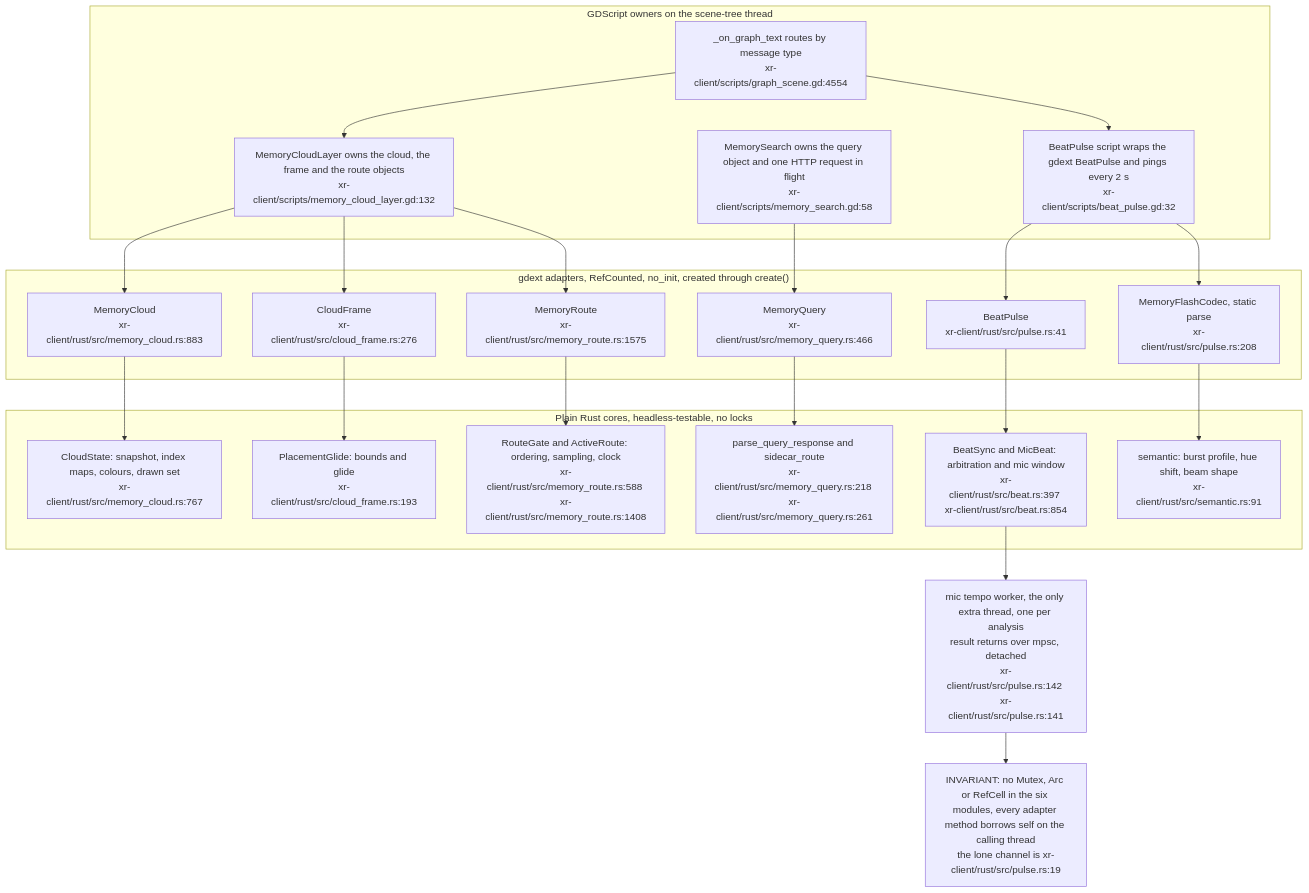
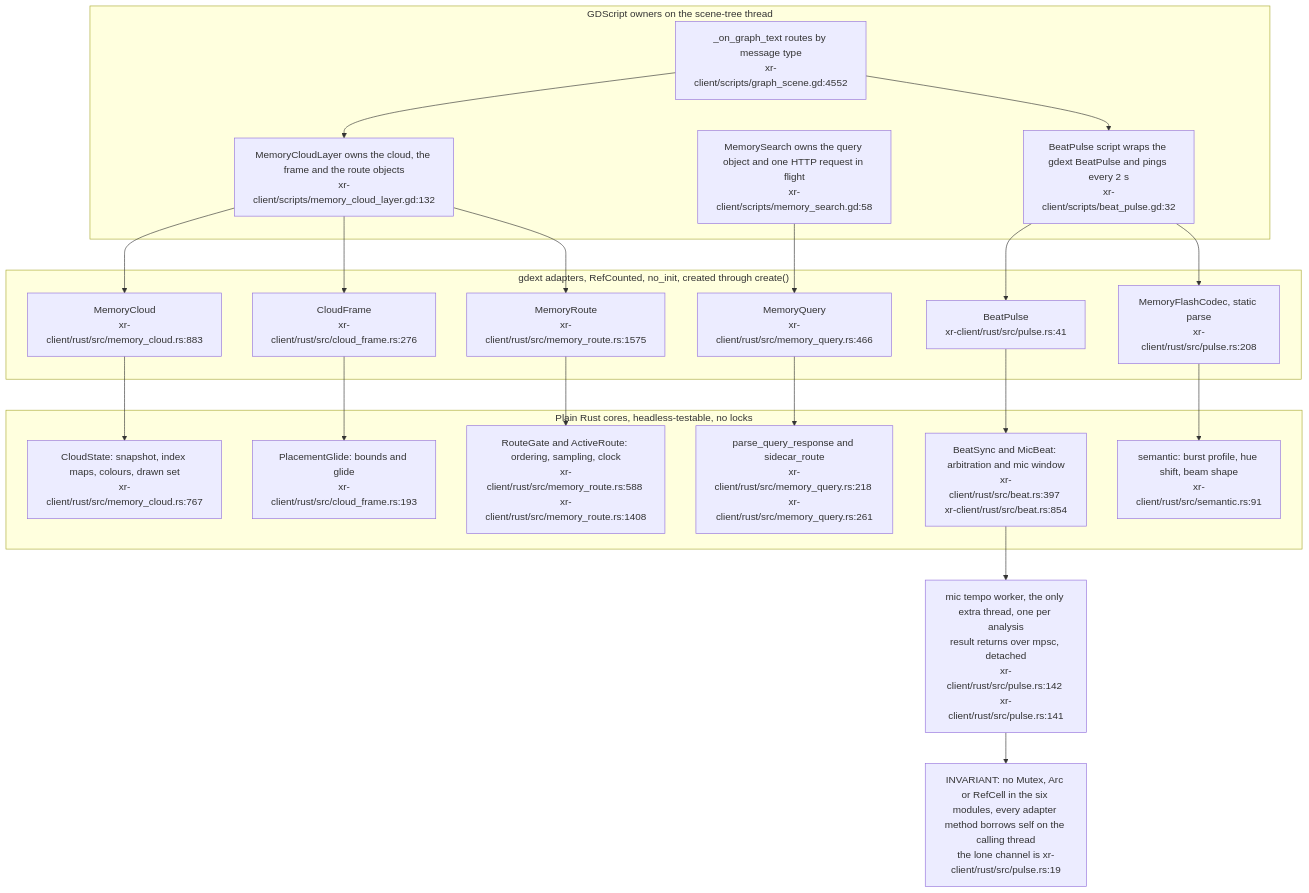
Before and after one commit to DreamLab-AI/VisionFlow: the first of 19 diagrams in docs/diagrams/visionclaw/38-xr-memory-cloud-internals.md, drawn with Mermaid. The commit also changed other lines of this file and 7 other files, not shown here.

First line of the commit message:
diagrams(visionclaw): re-verify VC-34 to VC-40 and VC-42 at visionclaw 4900ec6, agentbox 59b1aca

````diff
--- a/docs/diagrams/visionclaw/38-xr-memory-cloud-internals.md
+++ b/docs/diagrams/visionclaw/38-xr-memory-cloud-internals.md
@@ -50,43 +50,43 @@
 ```mermaid
 flowchart TB
     subgraph gd["GDScript owners on the scene-tree thread"]
-        GS["_on_graph_text routes by message type<br/>xr-client/scripts/graph_scene.gd:4554"]
+        GS["_on_graph_text routes by message type<br/>xr-client/scripts/graph_scene.gd:4552"]
         LAYER["MemoryCloudLayer owns the cloud, the frame and the route objects<br/>xr-client/scripts/memory_cloud_layer.gd:132"]
         SEARCH["MemorySearch owns the query object and one HTTP request in flight<br/>xr-client/scripts/memory_search.gd:58"]
         BEATGD["BeatPulse script wraps the gdext BeatPulse and pings every 2 s<br/>xr-client/scripts/beat_pulse.gd:32"]
     end
     subgraph cls["gdext adapters, RefCounted, no_init, created through create()"]
         MC["MemoryCloud<br/>xr-client/rust/src/memory_cloud.rs:883"]
         CF["CloudFrame<br/>xr-client/rust/src/cloud_frame.rs:276"]
         MR["MemoryRoute<br/>xr-client/rust/src/memory_route.rs:1575"]
         MQ["MemoryQuery<br/>xr-client/rust/src/memory_query.rs:466"]
         BP["BeatPulse<br/>xr-client/rust/src/pulse.rs:41"]
         FC["MemoryFlashCodec, static parse<br/>xr-client/rust/src/pulse.rs:208"]
     end
     subgraph core["Plain Rust cores, headless-testable, no locks"]
         CS["CloudState: snapshot, index maps, colours, drawn set<br/>xr-client/rust/src/memory_cloud.rs:767"]
         PG["PlacementGlide: bounds and glide<br/>xr-client/rust/src/cloud_frame.rs:193"]
         RG["RouteGate and ActiveRoute: ordering, sampling, clock<br/>xr-client/rust/src/memory_route.rs:588 xr-client/rust/src/memory_route.rs:1408"]
         QA["parse_query_response and sidecar_route<br/>xr-client/rust/src/memory_query.rs:218 xr-client/rust/src/memory_query.rs:261"]
         BS["BeatSync and MicBeat: arbitration and mic window<br/>xr-client/rust/src/beat.rs:397 xr-client/rust/src/beat.rs:854"]
         SE["semantic: burst profile, hue shift, beam shape<br/>xr-client/rust/src/semantic.rs:91"]
     end
     WORKER["mic tempo worker, the only extra thread, one per analysis<br/>result returns over mpsc, detached<br/>xr-client/rust/src/pulse.rs:142 xr-client/rust/src/pulse.rs:141"]
     GS --> LAYER
     GS --> BEATGD
     LAYER --> MC
     LAYER --> CF
     LAYER --> MR
     SEARCH --> MQ
     BEATGD --> BP
     BEATGD --> FC
     MC --> CS
     CF --> PG
     MR --> RG
     MQ --> QA
     BP --> BS
     FC --> SE
     BS --> WORKER
     INV["INVARIANT: no Mutex, Arc or RefCell in the six modules, every adapter method borrows self on the calling thread<br/>the lone channel is xr-client/rust/src/pulse.rs:19"]
     WORKER --> INV
 ```
````
